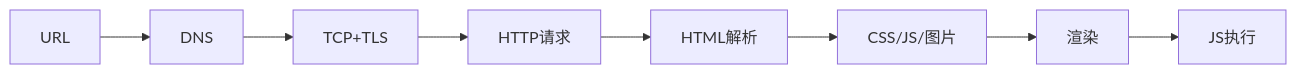
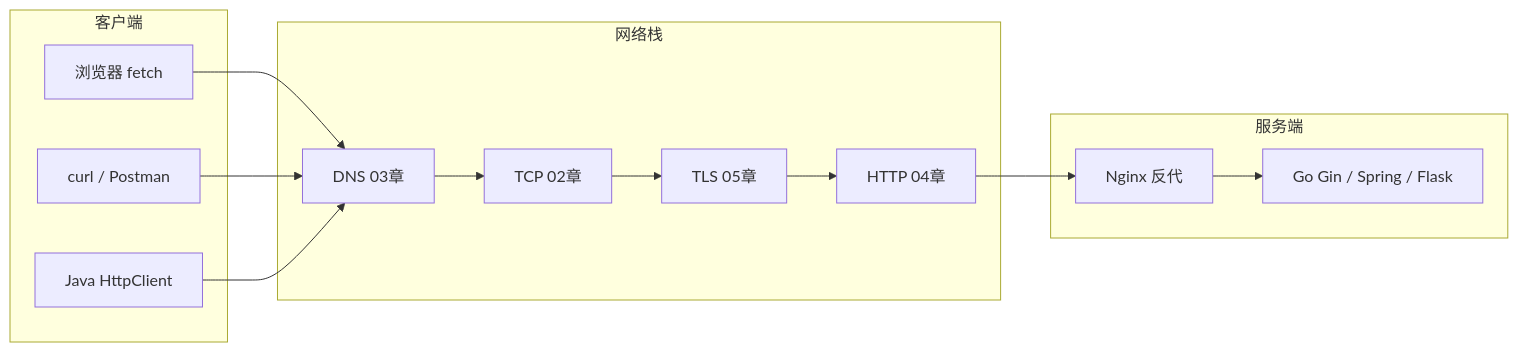
The diagram in 前端学习/计算机网络/07-面试专题与知识点总表.md (moqix26/study), drawn with Mermaid before and after one commit. The commit also changed other lines of this file and 10 other files, not shown here.

````diff
--- a/前端学习/计算机网络/07-面试专题与知识点总表.md
+++ b/前端学习/计算机网络/07-面试专题与知识点总表.md
@@ -160,10 +81,22 @@
 ```mermaid
 flowchart LR
-    A[URL] --> B[DNS]
-    B --> C[TCP+TLS]
-    C --> D[HTTP请求]
-    D --> E[HTML解析]
-    E --> F[CSS/JS/图片]
-    F --> G[渲染]
-    G --> H[JS执行]
+    subgraph 客户端
+        B[浏览器 fetch]
+        C[curl / Postman]
+        J[Java HttpClient]
+    end
+    subgraph 网络栈
+        D[DNS 03章]
+        T[TCP 02章]
+        TLS[TLS 05章]
+        H[HTTP 04章]
+    end
+    subgraph 服务端
+        N[Nginx 反代]
+        G[Go Gin / Spring / Flask]
+    end
+    B --> D
+    C --> D
+    J --> D
+    D --> T --> TLS --> H --> N --> G
 ```
````
